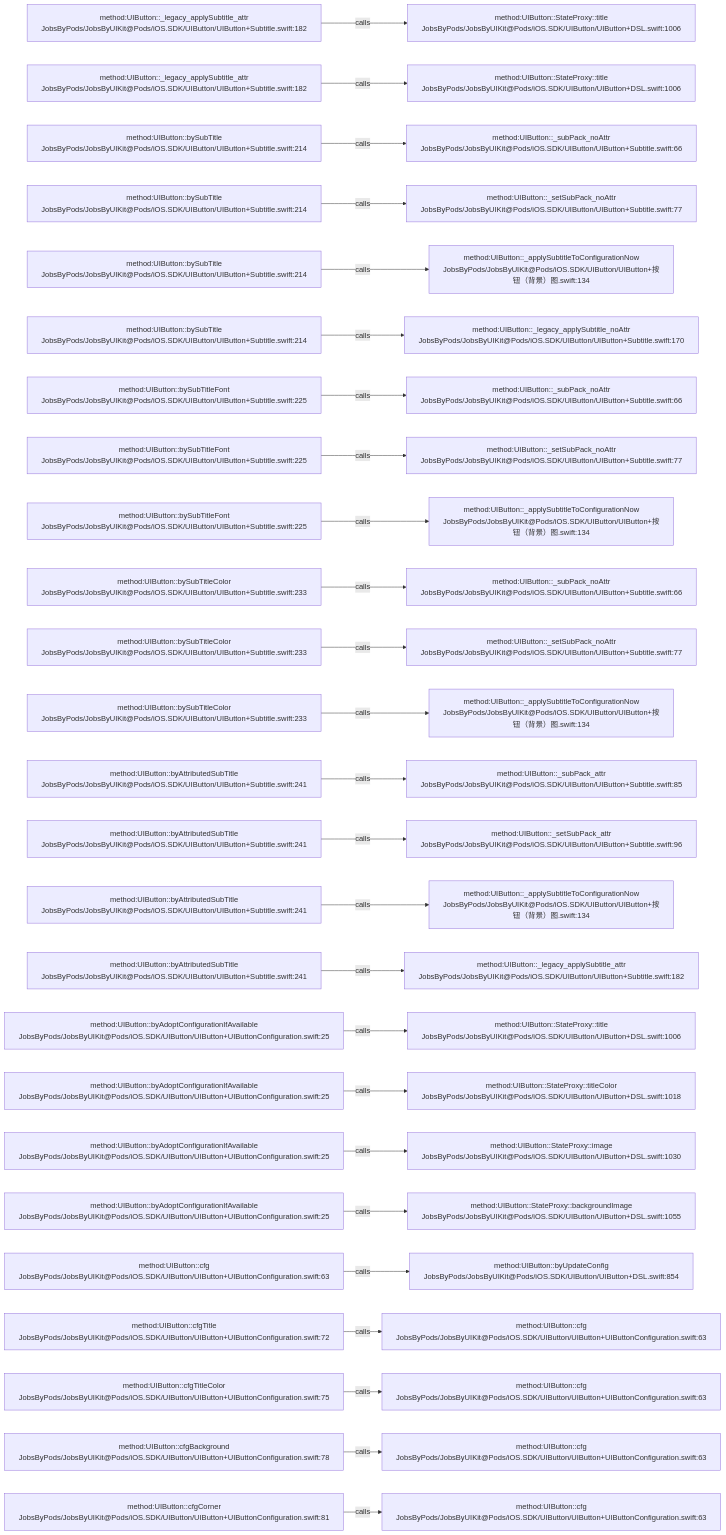
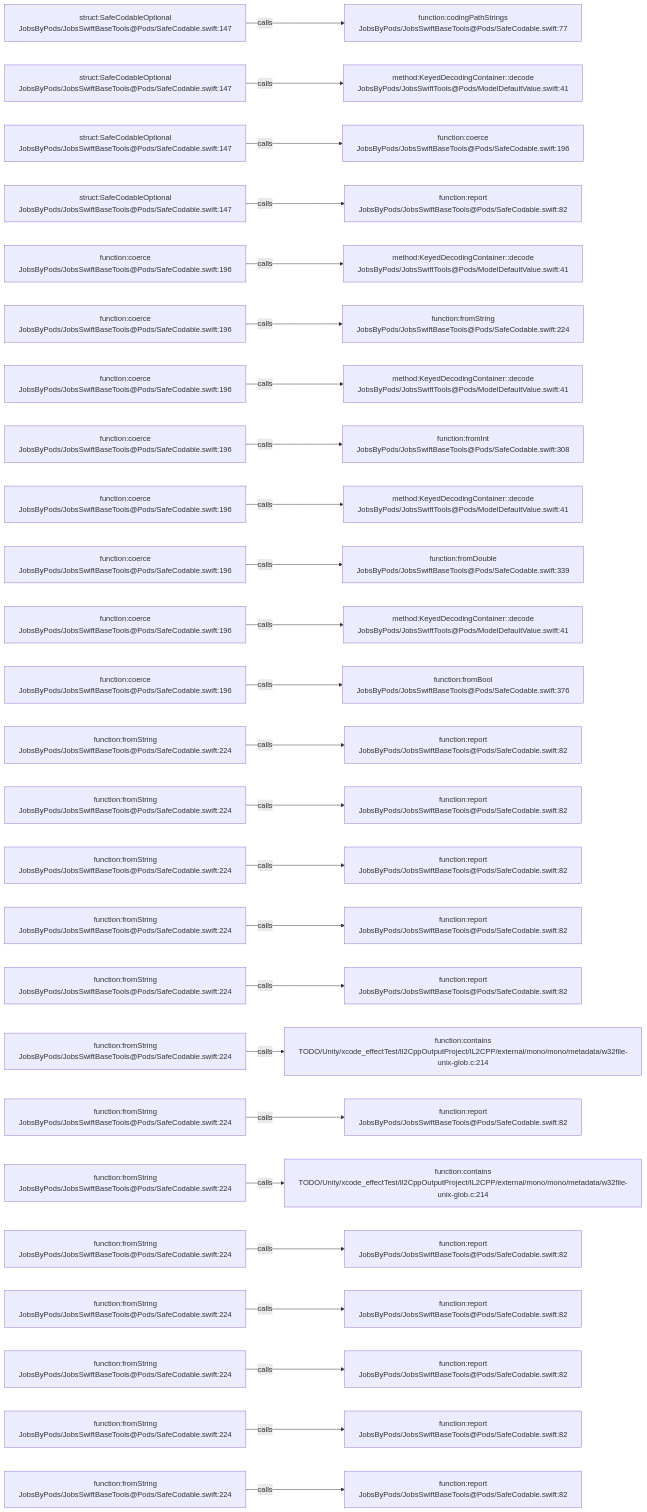
The diagram in .codegraph/codegraph.md/graphs/calls-046.md (JobsKits/JobsSwiftBaseConfigDemo), drawn with Mermaid before and after one commit. The commit also changed 569 other files, not shown here.

````diff
--- a/.codegraph/codegraph.md/graphs/calls-046.md
+++ b/.codegraph/codegraph.md/graphs/calls-046.md
@@ -13,78 +13,78 @@
 ```mermaid
 flowchart LR
-  S1["method:UIButton::_legacy_applySubtitle_attr<br/>JobsByPods/JobsByUIKit@Pods/iOS.SDK/UIButton/UIButton+Subtitle.swift:182"]
-  T1["method:UIButton::StateProxy::title<br/>JobsByPods/JobsByUIKit@Pods/iOS.SDK/UIButton/UIButton+DSL.swift:1006"]
+  S1["struct:SafeCodableOptional<br/>JobsByPods/JobsSwiftBaseTools@Pods/SafeCodable.swift:147"]
+  T1["function:codingPathStrings<br/>JobsByPods/JobsSwiftBaseTools@Pods/SafeCodable.swift:77"]
   S1 -->|calls| T1
-  S2["method:UIButton::_legacy_applySubtitle_attr<br/>JobsByPods/JobsByUIKit@Pods/iOS.SDK/UIButton/UIButton+Subtitle.swift:182"]
-  T2["method:UIButton::StateProxy::title<br/>JobsByPods/JobsByUIKit@Pods/iOS.SDK/UIButton/UIButton+DSL.swift:1006"]
+  S2["struct:SafeCodableOptional<br/>JobsByPods/JobsSwiftBaseTools@Pods/SafeCodable.swift:147"]
+  T2["method:KeyedDecodingContainer::decode<br/>JobsByPods/JobsSwiftTools@Pods/ModelDefaultValue.swift:41"]
   S2 -->|calls| T2
-  S3["method:UIButton::bySubTitle<br/>JobsByPods/JobsByUIKit@Pods/iOS.SDK/UIButton/UIButton+Subtitle.swift:214"]
-  T3["method:UIButton::_subPack_noAttr<br/>JobsByPods/JobsByUIKit@Pods/iOS.SDK/UIButton/UIButton+Subtitle.swift:66"]
+  S3["struct:SafeCodableOptional<br/>JobsByPods/JobsSwiftBaseTools@Pods/SafeCodable.swift:147"]
+  T3["function:coerce<br/>JobsByPods/JobsSwiftBaseTools@Pods/SafeCodable.swift:196"]
   S3 -->|calls| T3
-  S4["method:UIButton::bySubTitle<br/>JobsByPods/JobsByUIKit@Pods/iOS.SDK/UIButton/UIButton+Subtitle.swift:214"]
-  T4["method:UIButton::_setSubPack_noAttr<br/>JobsByPods/JobsByUIKit@Pods/iOS.SDK/UIButton/UIButton+Subtitle.swift:77"]
+  S4["struct:SafeCodableOptional<br/>JobsByPods/JobsSwiftBaseTools@Pods/SafeCodable.swift:147"]
+  T4["function:report<br/>JobsByPods/JobsSwiftBaseTools@Pods/SafeCodable.swift:82"]
   S4 -->|calls| T4
-  S5["method:UIButton::bySubTitle<br/>JobsByPods/JobsByUIKit@Pods/iOS.SDK/UIButton/UIButton+Subtitle.swift:214"]
-  T5["method:UIButton::_applySubtitleToConfigurationNow<br/>JobsByPods/JobsByUIKit@Pods/iOS.SDK/UIButton/UIButton+按钮（背景）图.swift:134"]
+  S5["function:coerce<br/>JobsByPods/JobsSwiftBaseTools@Pods/SafeCodable.swift:196"]
+  T5["method:KeyedDecodingContainer::decode<br/>JobsByPods/JobsSwiftTools@Pods/ModelDefaultValue.swift:41"]
   S5 -->|calls| T5
-  S6["method:UIButton::bySubTitle<br/>JobsByPods/JobsByUIKit@Pods/iOS.SDK/UIButton/UIButton+Subtitle.swift:214"]
-  T6["method:UIButton::_legacy_applySubtitle_noAttr<br/>JobsByPods/JobsByUIKit@Pods/iOS.SDK/UIButton/UIButton+Subtitle.swift:170"]
+  S6["function:coerce<br/>JobsByPods/JobsSwiftBaseTools@Pods/SafeCodable.swift:196"]
+  T6["function:fromString<br/>JobsByPods/JobsSwiftBaseTools@Pods/SafeCodable.swift:224"]
   S6 -->|calls| T6
-  S7["method:UIButton::bySubTitleFont<br/>JobsByPods/JobsByUIKit@Pods/iOS.SDK/UIButton/UIButton+Subtitle.swift:225"]
-  T7["method:UIButton::_subPack_noAttr<br/>JobsByPods/JobsByUIKit@Pods/iOS.SDK/UIButton/UIButton+Subtitle.swift:66"]
+  S7["function:coerce<br/>JobsByPods/JobsSwiftBaseTools@Pods/SafeCodable.swift:196"]
+  T7["method:KeyedDecodingContainer::decode<br/>JobsByPods/JobsSwiftTools@Pods/ModelDefaultValue.swift:41"]
   S7 -->|calls| T7
-  S8["method:UIButton::bySubTitleFont<br/>JobsByPods/JobsByUIKit@Pods/iOS.SDK/UIButton/UIButton+Subtitle.swift:225"]
-  T8["method:UIButton::_setSubPack_noAttr<br/>JobsByPods/JobsByUIKit@Pods/iOS.SDK/UIButton/UIButton+Subtitle.swift:77"]
+  S8["function:coerce<br/>JobsByPods/JobsSwiftBaseTools@Pods/SafeCodable.swift:196"]
+  T8["function:fromInt<br/>JobsByPods/JobsSwiftBaseTools@Pods/SafeCodable.swift:308"]
   S8 -->|calls| T8
-  S9["method:UIButton::bySubTitleFont<br/>JobsByPods/JobsByUIKit@Pods/iOS.SDK/UIButton/UIButton+Subtitle.swift:225"]
-  T9["method:UIButton::_applySubtitleToConfigurationNow<br/>JobsByPods/JobsByUIKit@Pods/iOS.SDK/UIButton/UIButton+按钮（背景）图.swift:134"]
+  S9["function:coerce<br/>JobsByPods/JobsSwiftBaseTools@Pods/SafeCodable.swift:196"]
+  T9["method:KeyedDecodingContainer::decode<br/>JobsByPods/JobsSwiftTools@Pods/ModelDefaultValue.swift:41"]
   S9 -->|calls| T9
-  S10["method:UIButton::bySubTitleColor<br/>JobsByPods/JobsByUIKit@Pods/iOS.SDK/UIButton/UIButton+Subtitle.swift:233"]
-  T10["method:UIButton::_subPack_noAttr<br/>JobsByPods/JobsByUIKit@Pods/iOS.SDK/UIButton/UIButton+Subtitle.swift:66"]
+  S10["function:coerce<br/>JobsByPods/JobsSwiftBaseTools@Pods/SafeCodable.swift:196"]
+  T10["function:fromDouble<br/>JobsByPods/JobsSwiftBaseTools@Pods/SafeCodable.swift:339"]
   S10 -->|calls| T10
-  S11["method:UIButton::bySubTitleColor<br/>JobsByPods/JobsByUIKit@Pods/iOS.SDK/UIButton/UIButton+Subtitle.swift:233"]
-  T11["method:UIButton::_setSubPack_noAttr<br/>JobsByPods/JobsByUIKit@Pods/iOS.SDK/UIButton/UIButton+Subtitle.swift:77"]
+  S11["function:coerce<br/>JobsByPods/JobsSwiftBaseTools@Pods/SafeCodable.swift:196"]
+  T11["method:KeyedDecodingContainer::decode<br/>JobsByPods/JobsSwiftTools@Pods/ModelDefaultValue.swift:41"]
   S11 -->|calls| T11
-  S12["method:UIButton::bySubTitleColor<br/>JobsByPods/JobsByUIKit@Pods/iOS.SDK/UIButton/UIButton+Subtitle.swift:233"]
-  T12["method:UIButton::_applySubtitleToConfigurationNow<br/>JobsByPods/JobsByUIKit@Pods/iOS.SDK/UIButton/UIButton+按钮（背景）图.swift:134"]
+  S12["function:coerce<br/>JobsByPods/JobsSwiftBaseTools@Pods/SafeCodable.swift:196"]
+  T12["function:fromBool<br/>JobsByPods/JobsSwiftBaseTools@Pods/SafeCodable.swift:376"]
   S12 -->|calls| T12
-  S13["method:UIButton::byAttributedSubTitle<br/>JobsByPods/JobsByUIKit@Pods/iOS.SDK/UIButton/UIButton+Subtitle.swift:241"]
-  T13["method:UIButton::_subPack_attr<br/>JobsByPods/JobsByUIKit@Pods/iOS.SDK/UIButton/UIButton+Subtitle.swift:85"]
+  S13["function:fromString<br/>JobsByPods/JobsSwiftBaseTools@Pods/SafeCodable.swift:224"]
+  T13["function:report<br/>JobsByPods/JobsSwiftBaseTools@Pods/SafeCodable.swift:82"]
   S13 -->|calls| T13
-  S14["method:UIButton::byAttributedSubTitle<br/>JobsByPods/JobsByUIKit@Pods/iOS.SDK/UIButton/UIButton+Subtitle.swift:241"]
-  T14["method:UIButton::_setSubPack_attr<br/>JobsByPods/JobsByUIKit@Pods/iOS.SDK/UIButton/UIButton+Subtitle.swift:96"]
+  S14["function:fromString<br/>JobsByPods/JobsSwiftBaseTools@Pods/SafeCodable.swift:224"]
+  T14["function:report<br/>JobsByPods/JobsSwiftBaseTools@Pods/SafeCodable.swift:82"]
   S14 -->|calls| T14
-  S15["method:UIButton::byAttributedSubTitle<br/>JobsByPods/JobsByUIKit@Pods/iOS.SDK/UIButton/UIButton+Subtitle.swift:241"]
-  T15["method:UIButton::_applySubtitleToConfigurationNow<br/>JobsByPods/JobsByUIKit@Pods/iOS.SDK/UIButton/UIButton+按钮（背景）图.swift:134"]
+  S15["function:fromString<br/>JobsByPods/JobsSwiftBaseTools@Pods/SafeCodable.swift:224"]
+  T15["function:report<br/>JobsByPods/JobsSwiftBaseTools@Pods/SafeCodable.swift:82"]
   S15 -->|calls| T15
-  S16["method:UIButton::byAttributedSubTitle<br/>JobsByPods/JobsByUIKit@Pods/iOS.SDK/UIButton/UIButton+Subtitle.swift:241"]
-  T16["method:UIButton::_legacy_applySubtitle_attr<br/>JobsByPods/JobsByUIKit@Pods/iOS.SDK/UIButton/UIButton+Subtitle.swift:182"]
+  S16["function:fromString<br/>JobsByPods/JobsSwiftBaseTools@Pods/SafeCodable.swift:224"]
+  T16["function:report<br/>JobsByPods/JobsSwiftBaseTools@Pods/SafeCodable.swift:82"]
   S16 -->|calls| T16
-  S17["method:UIButton::byAdoptConfigurationIfAvailable<br/>JobsByPods/JobsByUIKit@Pods/iOS.SDK/UIButton/UIButton+UIButtonConfiguration.swift:25"]
-  T17["method:UIButton::StateProxy::title<br/>JobsByPods/JobsByUIKit@Pods/iOS.SDK/UIButton/UIButton+DSL.swift:1006"]
+  S17["function:fromString<br/>JobsByPods/JobsSwiftBaseTools@Pods/SafeCodable.swift:224"]
+  T17["function:report<br/>JobsByPods/JobsSwiftBaseTools@Pods/SafeCodable.swift:82"]
   S17 -->|calls| T17
-  S18["method:UIButton::byAdoptConfigurationIfAvailable<br/>JobsByPods/JobsByUIKit@Pods/iOS.SDK/UIButton/UIButton+UIButtonConfiguration.swift:25"]
-  T18["method:UIButton::StateProxy::titleColor<br/>JobsByPods/JobsByUIKit@Pods/iOS.SDK/UIButton/UIButton+DSL.swift:1018"]
+  S18["function:fromString<br/>JobsByPods/JobsSwiftBaseTools@Pods/SafeCodable.swift:224"]
+  T18["function:contains<br/>TODO/Unity/xcode_effectTest/Il2CppOutputProject/IL2CPP/external/mono/mono/metadata/w32file-unix-glob.c:214"]
   S18 -->|calls| T18
-  S19["method:UIButton::byAdoptConfigurationIfAvailable<br/>JobsByPods/JobsByUIKit@Pods/iOS.SDK/UIButton/UIButton+UIButtonConfiguration.swift:25"]
-  T19["method:UIButton::StateProxy::image<br/>JobsByPods/JobsByUIKit@Pods/iOS.SDK/UIButton/UIButton+DSL.swift:1030"]
+  S19["function:fromString<br/>JobsByPods/JobsSwiftBaseTools@Pods/SafeCodable.swift:224"]
+  T19["function:report<br/>JobsByPods/JobsSwiftBaseTools@Pods/SafeCodable.swift:82"]
   S19 -->|calls| T19
-  S20["method:UIButton::byAdoptConfigurationIfAvailable<br/>JobsByPods/JobsByUIKit@Pods/iOS.SDK/UIButton/UIButton+UIButtonConfiguration.swift:25"]
-  T20["method:UIButton::StateProxy::backgroundImage<br/>JobsByPods/JobsByUIKit@Pods/iOS.SDK/UIButton/UIButton+DSL.swift:1055"]
+  S20["function:fromString<br/>JobsByPods/JobsSwiftBaseTools@Pods/SafeCodable.swift:224"]
+  T20["function:contains<br/>TODO/Unity/xcode_effectTest/Il2CppOutputProject/IL2CPP/external/mono/mono/metadata/w32file-unix-glob.c:214"]
   S20 -->|calls| T20
-  S21["method:UIButton::cfg<br/>JobsByPods/JobsByUIKit@Pods/iOS.SDK/UIButton/UIButton+UIButtonConfiguration.swift:63"]
-  T21["method:UIButton::byUpdateConfig<br/>JobsByPods/JobsByUIKit@Pods/iOS.SDK/UIButton/UIButton+DSL.swift:854"]
+  S21["function:fromString<br/>JobsByPods/JobsSwiftBaseTools@Pods/SafeCodable.swift:224"]
+  T21["function:report<br/>JobsByPods/JobsSwiftBaseTools@Pods/SafeCodable.swift:82"]
   S21 -->|calls| T21
-  S22["method:UIButton::cfgTitle<br/>JobsByPods/JobsByUIKit@Pods/iOS.SDK/UIButton/UIButton+UIButtonConfiguration.swift:72"]
-  T22["method:UIButton::cfg<br/>JobsByPods/JobsByUIKit@Pods/iOS.SDK/UIButton/UIButton+UIButtonConfiguration.swift:63"]
+  S22["function:fromString<br/>JobsByPods/JobsSwiftBaseTools@Pods/SafeCodable.swift:224"]
+  T22["function:report<br/>JobsByPods/JobsSwiftBaseTools@Pods/SafeCodable.swift:82"]
   S22 -->|calls| T22
-  S23["method:UIButton::cfgTitleColor<br/>JobsByPods/JobsByUIKit@Pods/iOS.SDK/UIButton/UIButton+UIButtonConfiguration.swift:75"]
-  T23["method:UIButton::cfg<br/>JobsByPods/JobsByUIKit@Pods/iOS.SDK/UIButton/UIButton+UIButtonConfiguration.swift:63"]
+  S23["function:fromString<br/>JobsByPods/JobsSwiftBaseTools@Pods/SafeCodable.swift:224"]
+  T23["function:report<br/>JobsByPods/JobsSwiftBaseTools@Pods/SafeCodable.swift:82"]
   S23 -->|calls| T23
-  S24["method:UIButton::cfgBackground<br/>JobsByPods/JobsByUIKit@Pods/iOS.SDK/UIButton/UIButton+UIButtonConfiguration.swift:78"]
-  T24["method:UIButton::cfg<br/>JobsByPods/JobsByUIKit@Pods/iOS.SDK/UIButton/UIButton+UIButtonConfiguration.swift:63"]
+  S24["function:fromString<br/>JobsByPods/JobsSwiftBaseTools@Pods/SafeCodable.swift:224"]
+  T24["function:report<br/>JobsByPods/JobsSwiftBaseTools@Pods/SafeCodable.swift:82"]
   S24 -->|calls| T24
-  S25["method:UIButton::cfgCorner<br/>JobsByPods/JobsByUIKit@Pods/iOS.SDK/UIButton/UIButton+UIButtonConfiguration.swift:81"]
-  T25["method:UIButton::cfg<br/>JobsByPods/JobsByUIKit@Pods/iOS.SDK/UIButton/UIButton+UIButtonConfiguration.swift:63"]
+  S25["function:fromString<br/>JobsByPods/JobsSwiftBaseTools@Pods/SafeCodable.swift:224"]
+  T25["function:report<br/>JobsByPods/JobsSwiftBaseTools@Pods/SafeCodable.swift:82"]
   S25 -->|calls| T25
 ```
````
